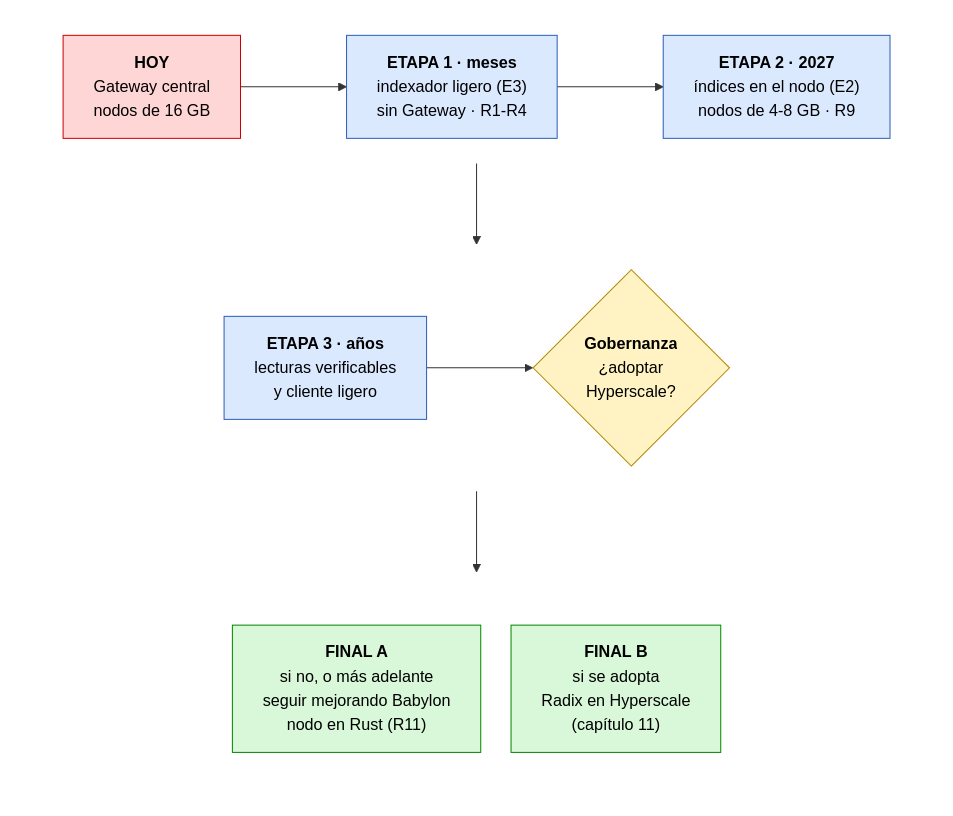
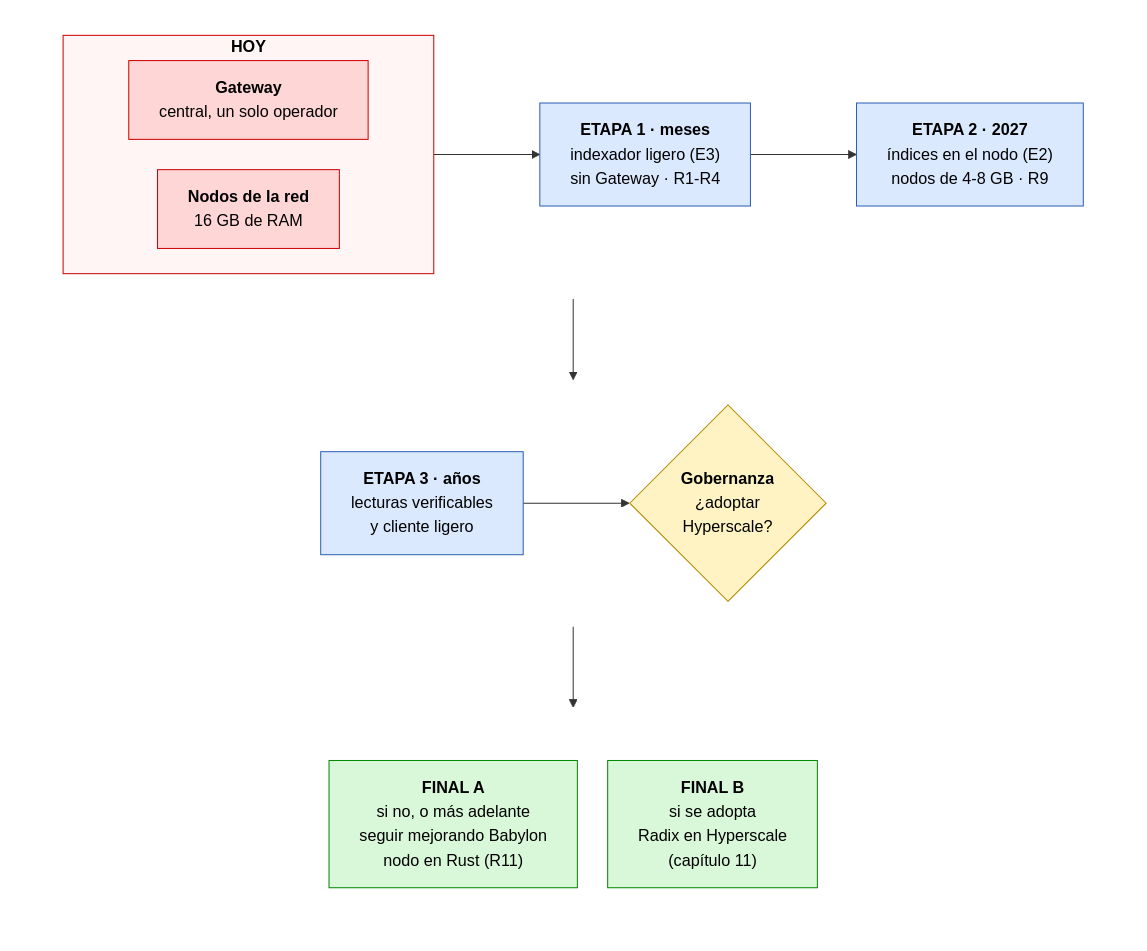
One commit to dazligth/radix-decentralization-roadmap changed the fourth of 6 diagrams in README.es.md. Above: the diagram before and after it, drawn with Mermaid. The commit also changed 3 other files, not shown here.

Commit message:
Stages diagram: TODAY box holds separate Gateway and network-node boxes

````diff
--- a/README.es.md
+++ b/README.es.md
@@ -299,28 +299,34 @@
 ```mermaid
 %%{init: {"flowchart": {"rankSpacing": 80, "nodeSpacing": 30}}}%%
 flowchart TB
     subgraph ROW1[" "]
         direction LR
-        S0["<b>HOY</b><br/>Gateway central<br/>nodos de 16 GB"] --> S1["<b>ETAPA 1 · meses</b><br/>indexador ligero (E3)<br/>sin Gateway · R1-R4"] --> S2["<b>ETAPA 2 · 2027</b><br/>índices en el nodo (E2)<br/>nodos de 4-8 GB · R9"]
+        subgraph S0["<b>HOY</b>"]
+            direction LR
+            S0A["<b>Gateway</b><br/>central, un solo operador"]
+            S0B["<b>Nodos de la red</b><br/>16 GB de RAM"]
+        end
+        S0 --> S1["<b>ETAPA 1 · meses</b><br/>indexador ligero (E3)<br/>sin Gateway · R1-R4"] --> S2["<b>ETAPA 2 · 2027</b><br/>índices en el nodo (E2)<br/>nodos de 4-8 GB · R9"]
     end
     subgraph ROW2[" "]
         direction LR
         S3["<b>ETAPA 3 · años</b><br/>lecturas verificables<br/>y cliente ligero"] --> D{"<b>Gobernanza</b><br/>¿adoptar<br/>Hyperscale?"}
     end
     subgraph ROW3[" "]
         direction TB
         FA["<b>FINAL A</b><br/>si no, o más adelante<br/>seguir mejorando Babylon<br/>nodo en Rust (R11)"]
         FB["<b>FINAL B</b><br/>si se adopta<br/>Radix en Hyperscale<br/>(capítulo 11)"]
     end
     ROW1 --> ROW2 --> ROW3
     classDef today fill:#ffd6d6,stroke:#c00,color:#000
     classDef step fill:#dbe9ff,stroke:#2b5fb4,color:#000
     classDef decision fill:#fff3c4,stroke:#b58900,color:#000
     classDef final fill:#d9f7d9,stroke:#080,color:#000
     classDef row fill:none,stroke:none
-    class S0 today
+    class S0A,S0B today
+    style S0 fill:#fff5f5,stroke:#c00,color:#000
     class S1,S2,S3 step
     class D decision
     class FA,FB final
     class ROW1,ROW2,ROW3 row
 ```
````
